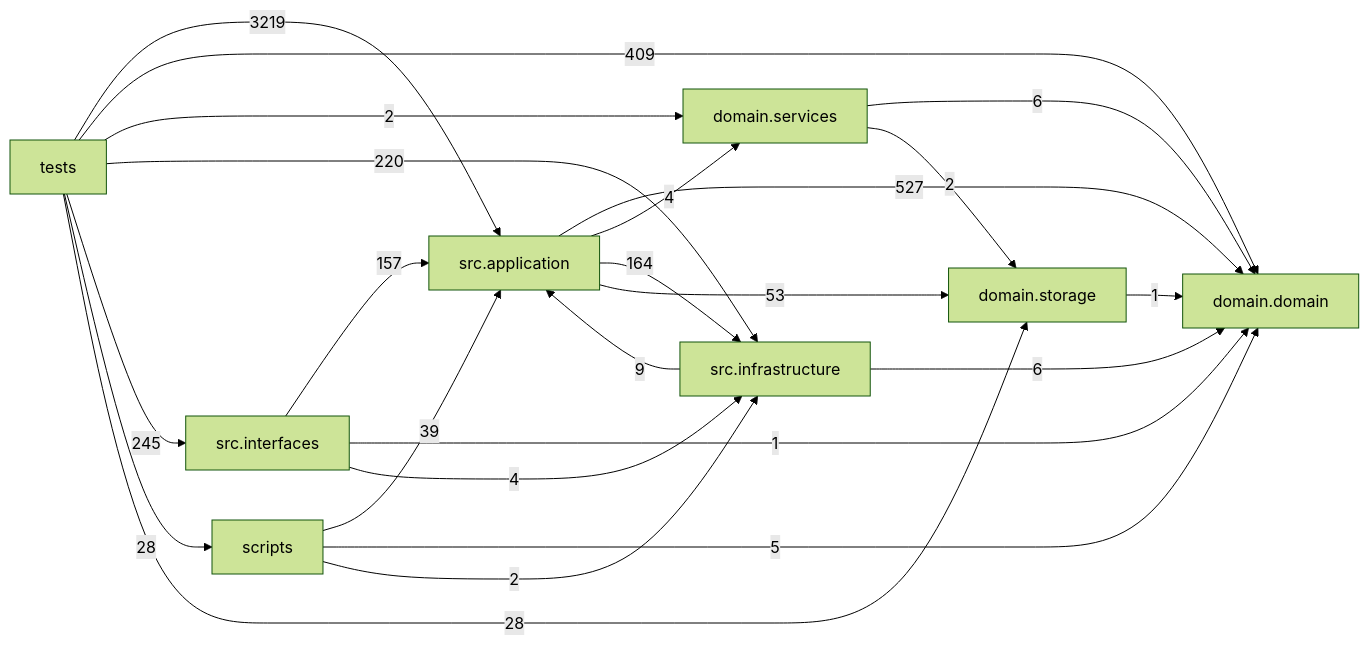
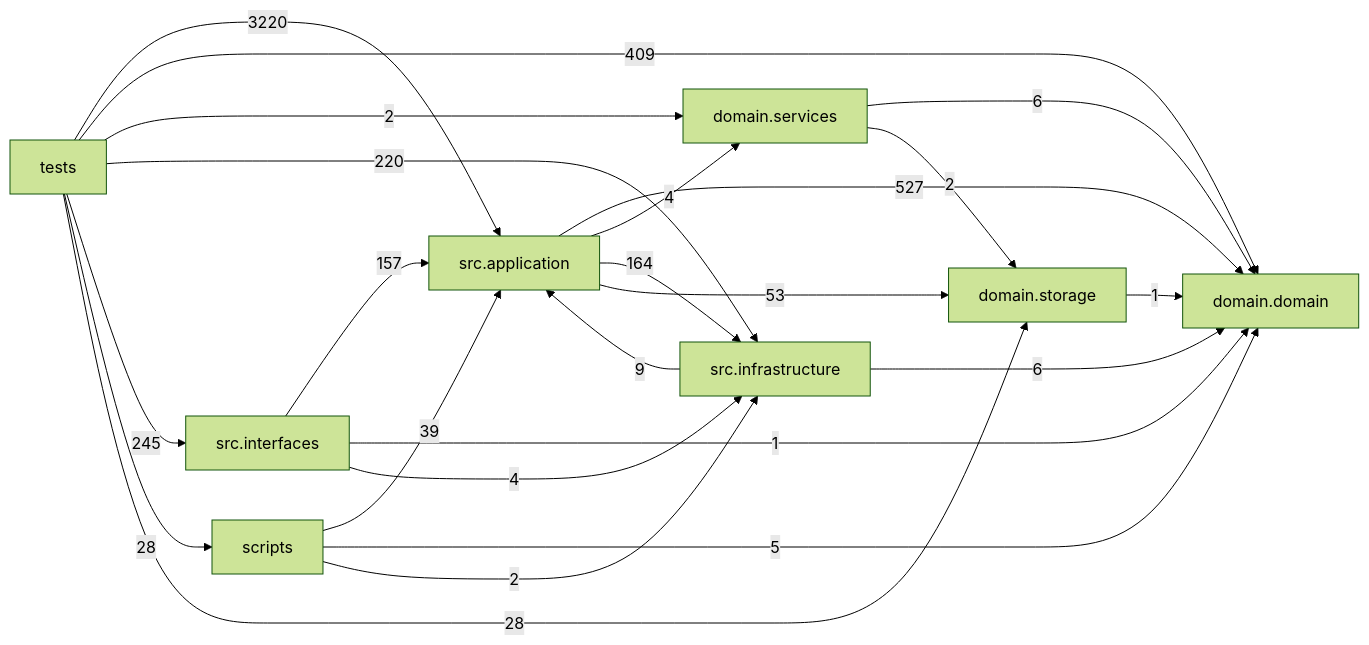
Before and after one commit to liuxie066/options-monitor: the diagram in docs/DEPENDENCY_GRAPH.md, drawn with Mermaid (forest theme). The commit also changed other lines of this file and 2 other files, not shown here.

````diff
--- a/docs/DEPENDENCY_GRAPH.md
+++ b/docs/DEPENDENCY_GRAPH.md
@@ -24,33 +24,33 @@
 ```mermaid
 flowchart LR
   tests["tests"]
   scripts["scripts"]
   interfaces["src.interfaces"]
   application["src.application"]
   infrastructure["src.infrastructure"]
   domain_services["domain.services"]
   domain["domain.domain"]
   storage["domain.storage"]
   application -->|527| domain
   application -->|4| domain_services
   application -->|164| infrastructure
   application -->|53| storage
   domain_services -->|6| domain
   domain_services -->|2| storage
   infrastructure -->|9| application
   infrastructure -->|6| domain
   interfaces -->|157| application
   interfaces -->|1| domain
   interfaces -->|4| infrastructure
   scripts -->|39| application
   scripts -->|5| domain
   scripts -->|2| infrastructure
   storage -->|1| domain
-  tests -->|3219| application
+  tests -->|3220| application
   tests -->|409| domain
   tests -->|2| domain_services
   tests -->|220| infrastructure
   tests -->|245| interfaces
   tests -->|28| scripts
   tests -->|28| storage
 ```
````
